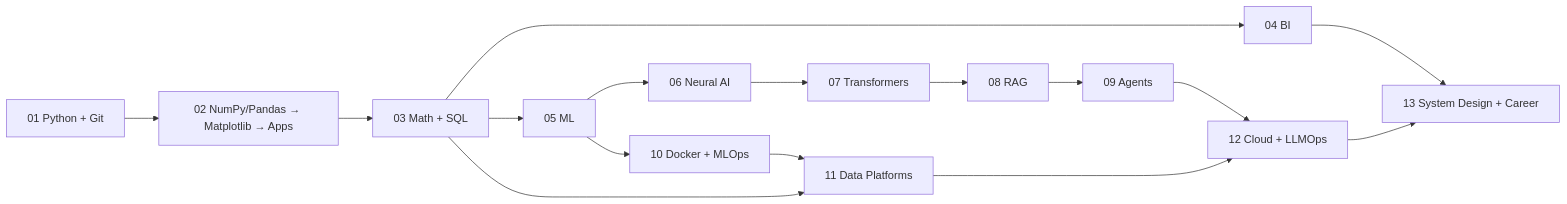
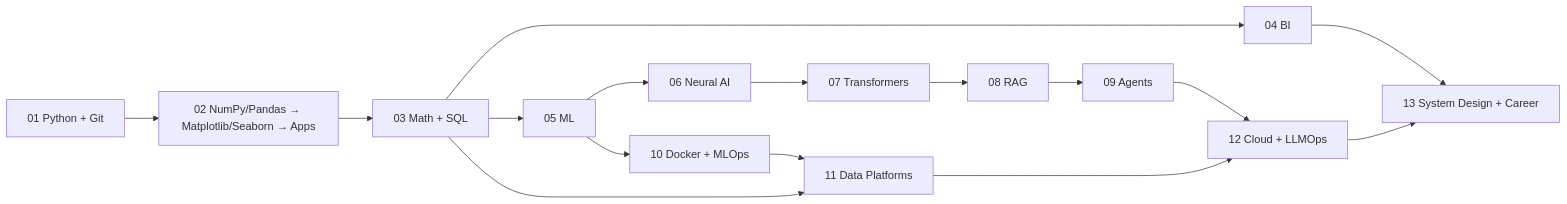
One commit to coderkali/machine_learning changed the diagram in ROADMAP.md. Above: the diagram before and after it, drawn with Mermaid. The commit also changed other lines of this file and 8 other files, not shown here.

````diff
--- a/ROADMAP.md
+++ b/ROADMAP.md
@@ -25,13 +25,13 @@
 ```mermaid
 flowchart LR
-    P01["01 Python + Git"] --> P02["02 NumPy/Pandas → Matplotlib → Apps"] --> P03["03 Math + SQL"]
+    P01["01 Python + Git"] --> P02["02 NumPy/Pandas → Matplotlib/Seaborn → Apps"] --> P03["03 Math + SQL"]
     P03 --> P04["04 BI"]
     P03 --> P05["05 ML"] --> P06["06 Neural AI"] --> P07["07 Transformers"] --> P08["08 RAG"] --> P09["09 Agents"]
     P05 --> P10["10 Docker + MLOps"]
     P03 --> P11["11 Data Platforms"]
     P10 --> P11
     P09 --> P12["12 Cloud + LLMOps"]
     P11 --> P12
     P04 --> P13["13 System Design + Career"]
     P12 --> P13
 ```
````
